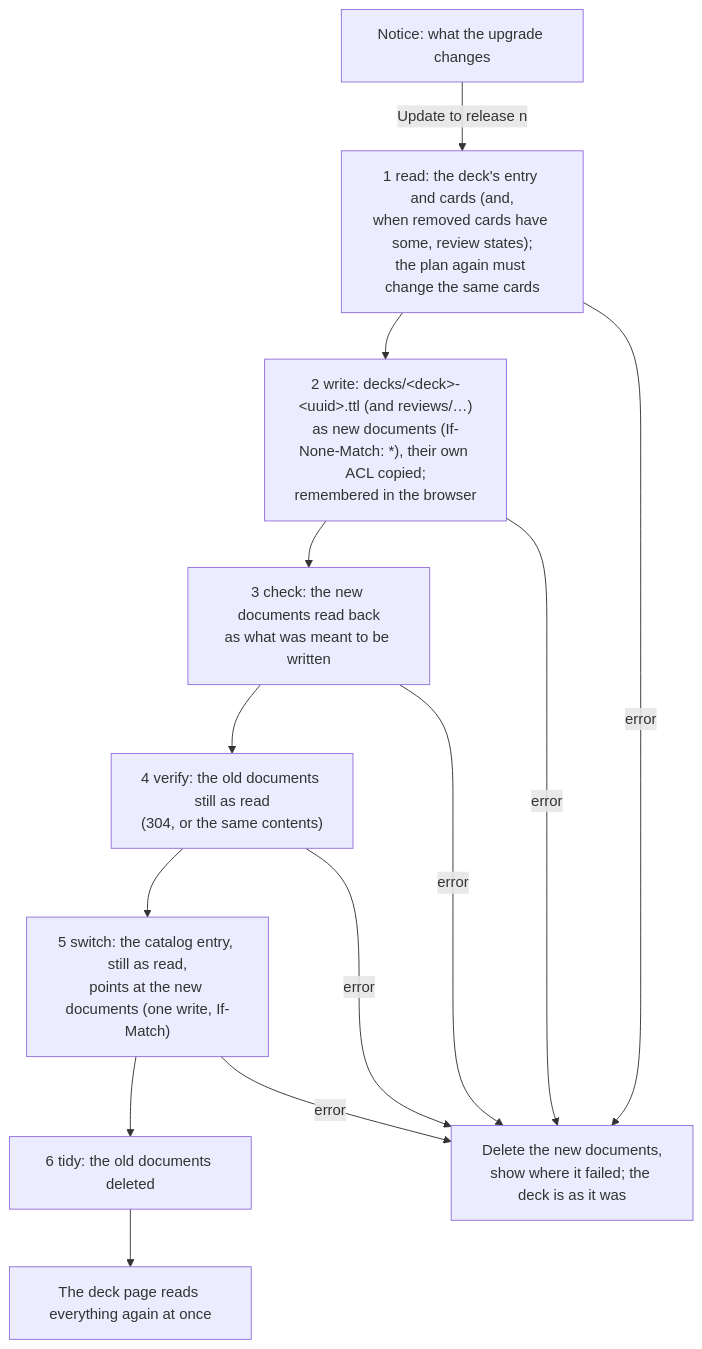
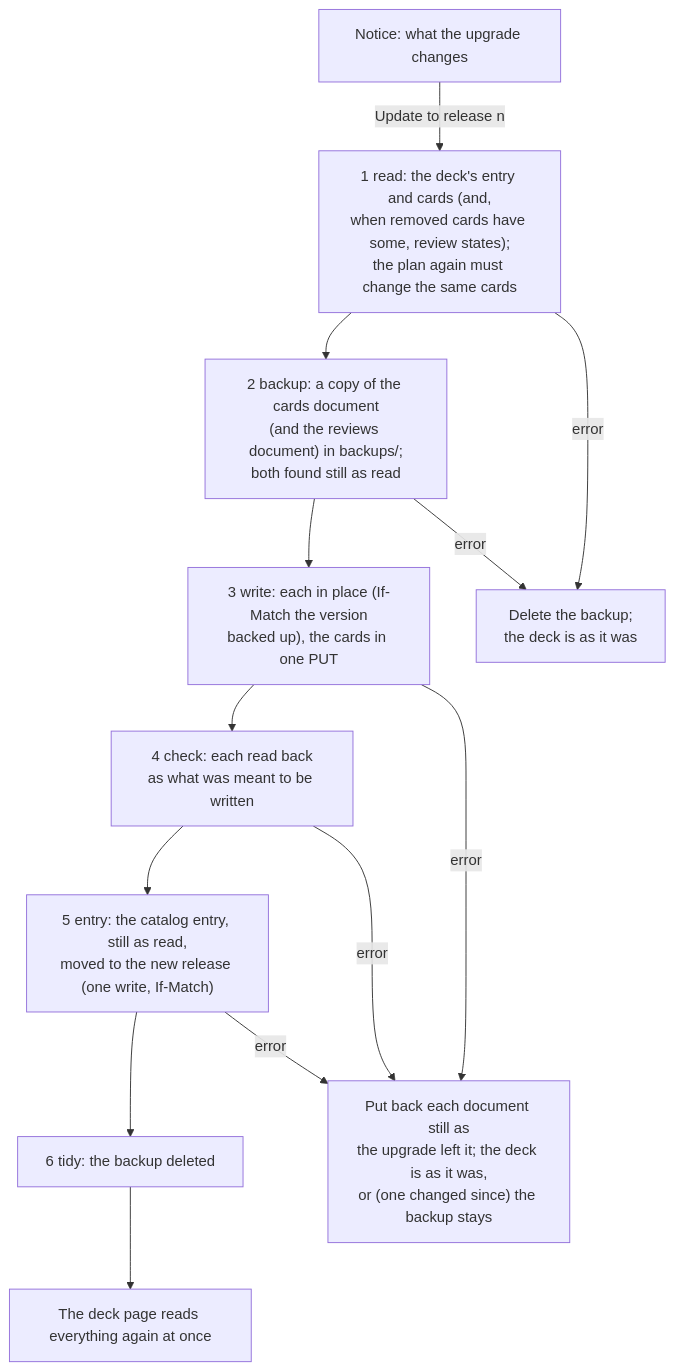
Before and after one commit to solid-memo/website: the third of 3 diagrams in docs/migrations.md, drawn with Mermaid. The commit also changed other lines of this file and 84 other files, not shown here.

First line of the commit message:
Update an instance and upgrade a deck in place, keeping every URL

````diff
--- a/docs/migrations.md
+++ b/docs/migrations.md
@@ -498,11 +675,12 @@
 ```mermaid
 flowchart TD
     offer["Notice: what the upgrade changes"] -->|Update to release n| read["1 read: the deck's entry and cards (and,<br/>when removed cards have some, review states);<br/>the plan again must change the same cards"]
-    read --> write["2 write: decks/&lt;deck&gt;-&lt;uuid&gt;.ttl (and reviews/…)<br/>as new documents (If-None-Match: *), their own ACL copied;<br/>remembered in the browser"]
-    write --> check["3 check: the new documents read back<br/>as what was meant to be written"]
-    check --> verify["4 verify: the old documents still as read<br/>(304, or the same contents)"]
-    verify --> switch["5 switch: the catalog entry, still as read,<br/>points at the new documents (one write, If-Match)"]
-    switch --> tidy["6 tidy: the old documents deleted"]
+    read --> backup["2 backup: a copy of the cards document<br/>(and the reviews document) in backups/;<br/>both found still as read"]
+    backup --> write["3 write: each in place (If-Match the version<br/>backed up), the cards in one PUT"]
+    write --> check["4 check: each read back<br/>as what was meant to be written"]
+    check --> entry["5 entry: the catalog entry, still as read,<br/>moved to the new release (one write, If-Match)"]
+    entry --> tidy["6 tidy: the backup deleted"]
     tidy --> refresh["The deck page reads everything again at once"]
-    read & write & check & verify & switch -->|error| undo["Delete the new documents,<br/>show where it failed; the deck is as it was"]
+    read & backup -->|error| none["Delete the backup;<br/>the deck is as it was"]
+    write & check & entry -->|error| undo["Put back each document still as<br/>the upgrade left it; the deck is as it was,<br/>or (one changed since) the backup stays"]
 ```
````
